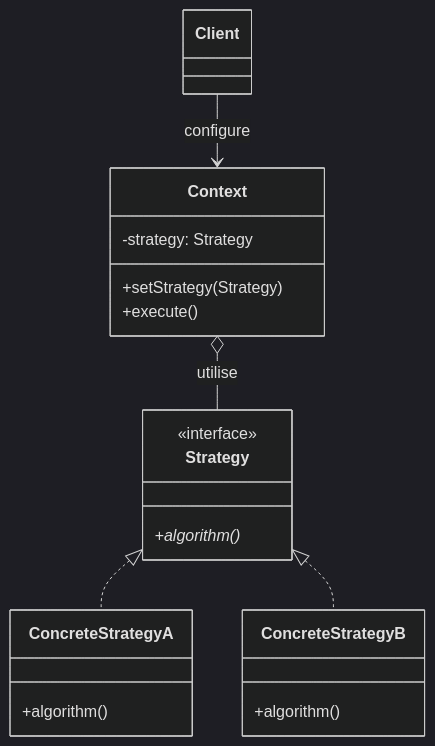
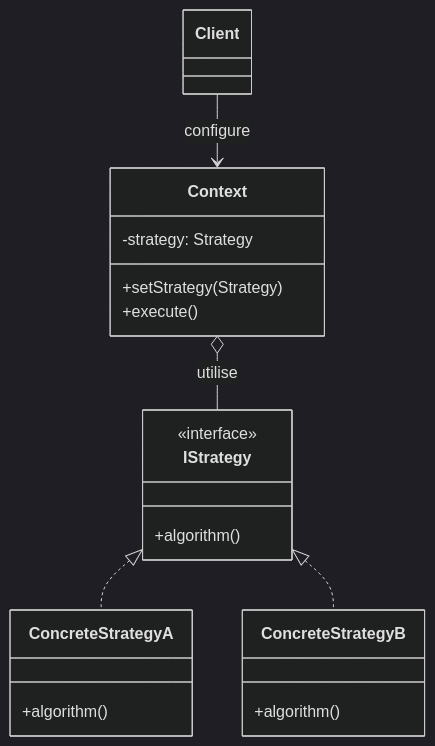
One commit to SamuelLnds/LandaisSamuel_TP_DesignPatterns changed the first of 3 diagrams in Strategy/README.md. Above: the diagram before and after it, drawn with Mermaid (dark theme). The commit also changed other lines of this file and 7 other files, not shown here.

````diff
--- a/Strategy/README.md
+++ b/Strategy/README.md
@@ -9,28 +9,28 @@
 ```mermaid
 classDiagram
     class Context {
         -strategy: Strategy
         +setStrategy(Strategy)
         +execute()
     }
 
-    class Strategy {
+    class IStrategy {
         <<interface>>
-        +algorithm()*
+        +algorithm()
     }
 
     class ConcreteStrategyA {
         +algorithm()
     }
 
     class ConcreteStrategyB {
         +algorithm()
     }
 
     class Client
 
-    Strategy <|.. ConcreteStrategyA
-    Strategy <|.. ConcreteStrategyB
-    Context o-- Strategy : utilise
+    IStrategy <|.. ConcreteStrategyA
+    IStrategy <|.. ConcreteStrategyB
+    Context o-- IStrategy : utilise
     Client --> Context : configure
 ```
````
